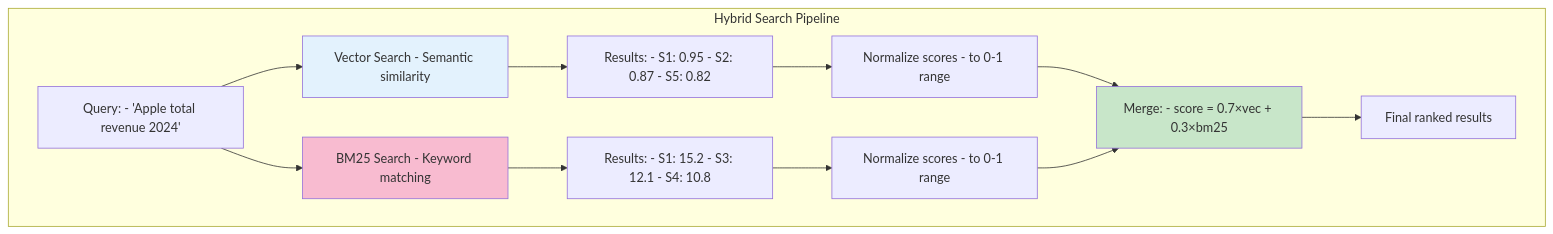
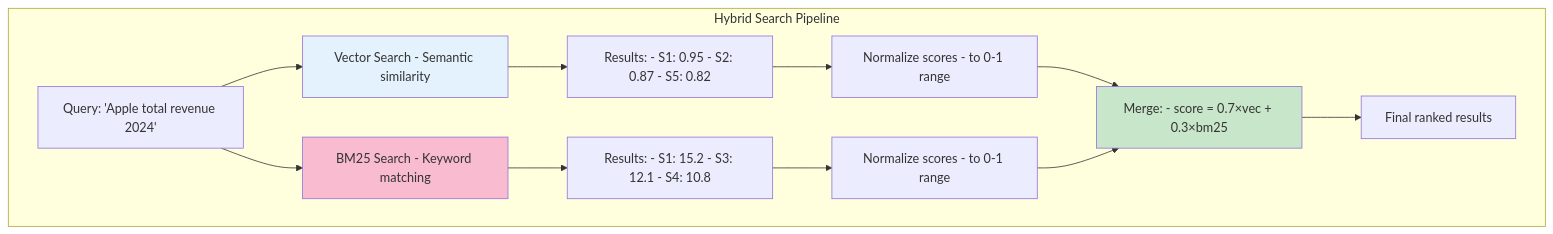
One commit to indhra/llm_rag_sec_findings changed the eighth of 10 diagrams in docs/learning/04-vector-databases.md. Above: the diagram before and after it, drawn with Mermaid. The commit also changed other lines of this file and 9 other files, not shown here.

````diff
--- a/docs/learning/04-vector-databases.md
+++ b/docs/learning/04-vector-databases.md
@@ -292,24 +292,24 @@
 ```mermaid
 graph TB
     subgraph "Hybrid Search Pipeline"
-        Q[Query: - 'Apple total revenue 2024'] 
+        Q["Query: 'Apple total revenue 2024'"] 
         
-        Q --> V[Vector Search - Semantic similarity]
-        Q --> B[BM25 Search - Keyword matching]
+        Q --> V["Vector Search - Semantic similarity"]
+        Q --> B["BM25 Search - Keyword matching"]
         
-        V --> R1[Results: - S1: 0.95 - S2: 0.87 - S5: 0.82]
-        B --> R2[Results: - S1: 15.2 - S3: 12.1 - S4: 10.8]
+        V --> R1["Results: - S1: 0.95 - S2: 0.87 - S5: 0.82"]
+        B --> R2["Results: - S1: 15.2 - S3: 12.1 - S4: 10.8"]
         
-        R1 --> N1[Normalize scores - to 0-1 range]
-        R2 --> N2[Normalize scores - to 0-1 range]
+        R1 --> N1["Normalize scores - to 0-1 range"]
+        R2 --> N2["Normalize scores - to 0-1 range"]
         
-        N1 --> M[Merge: - score = 0.7×vec + 0.3×bm25]
+        N1 --> M["Merge: - score = 0.7×vec + 0.3×bm25"]
         N2 --> M
         
         M --> F[Final ranked results]
     end
     
     style V fill:#e3f2fd
     style B fill:#f8bbd0
     style M fill:#c8e6c9
 ```
````
